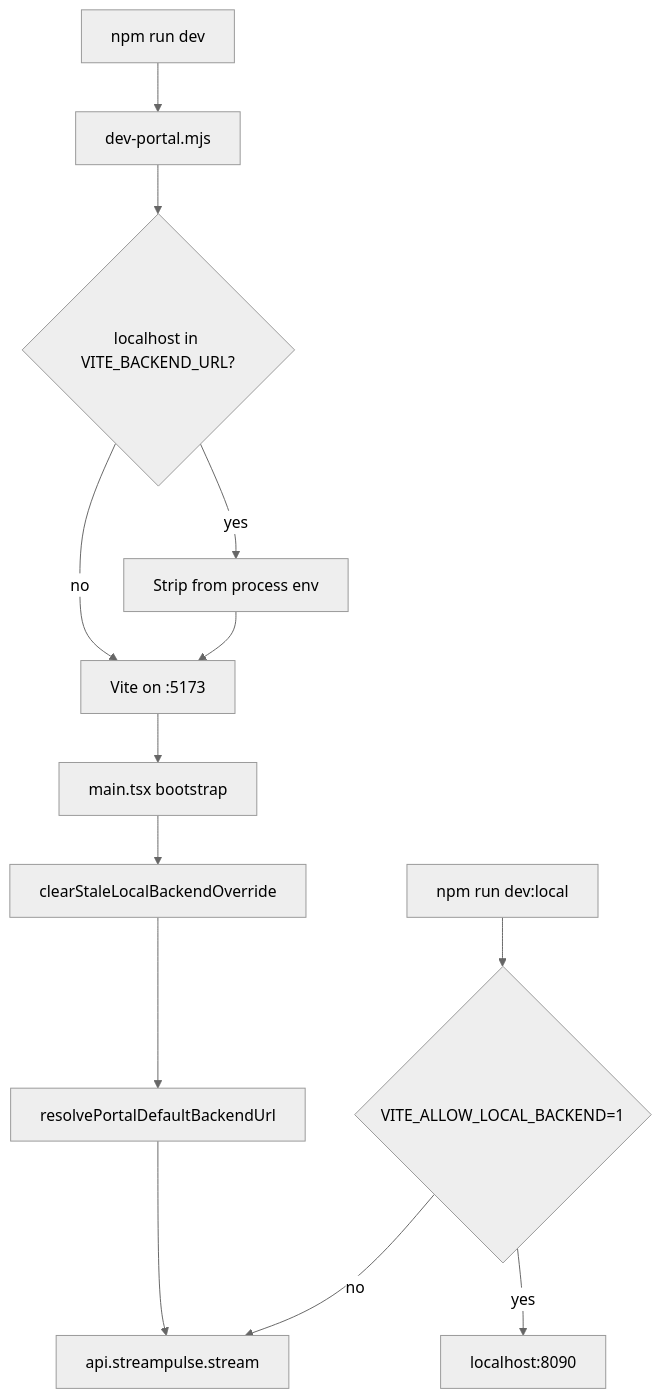
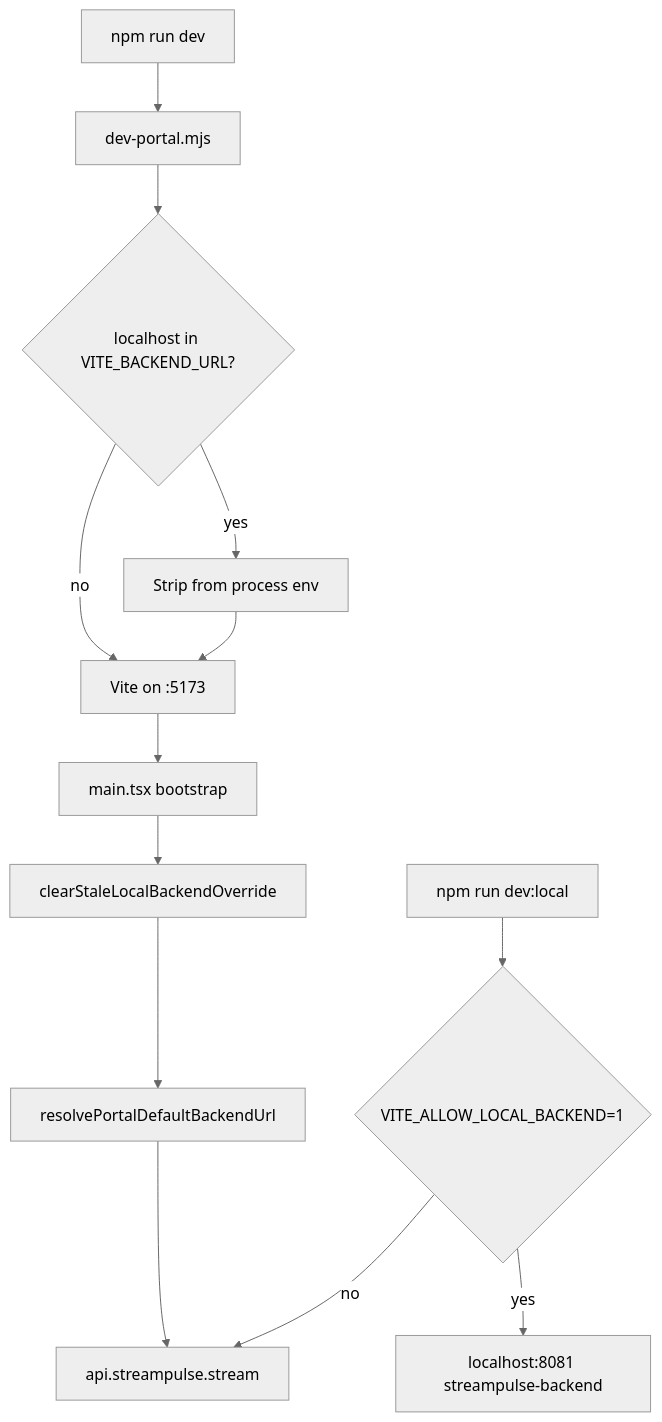
One commit to Aron-Chu/streamclone-pulse changed the diagram in docs/website-portal/local-dev-runbook.md. Above: the diagram before and after it, drawn with Mermaid (neutral theme). The commit also changed other lines of this file and 75 other files, not shown here.

````diff
--- a/docs/website-portal/local-dev-runbook.md
+++ b/docs/website-portal/local-dev-runbook.md
@@ -59,15 +125,29 @@
 ```mermaid
+
 flowchart TD
+
   start[npm run dev] --> devPortal[dev-portal.mjs]
+
   devPortal --> stripLocal{localhost in VITE_BACKEND_URL?}
+
   stripLocal -->|yes| drop[Strip from process env]
+
   stripLocal -->|no| vite[Vite on :5173]
+
   drop --> vite
+
   vite --> boot[main.tsx bootstrap]
+
   boot --> clearOverride[clearStaleLocalBackendOverride]
+
   clearOverride --> resolve[resolvePortalDefaultBackendUrl]
+
   resolve --> hosted[api.streampulse.stream]
+
   devLocal[npm run dev:local] --> allowFlag{VITE_ALLOW_LOCAL_BACKEND=1}
-  allowFlag -->|yes| local8090[localhost:8090]
+
+  allowFlag -->|yes| local8081[localhost:8081 streampulse-backend]
+
   allowFlag -->|no| hosted
+
 ```
````
